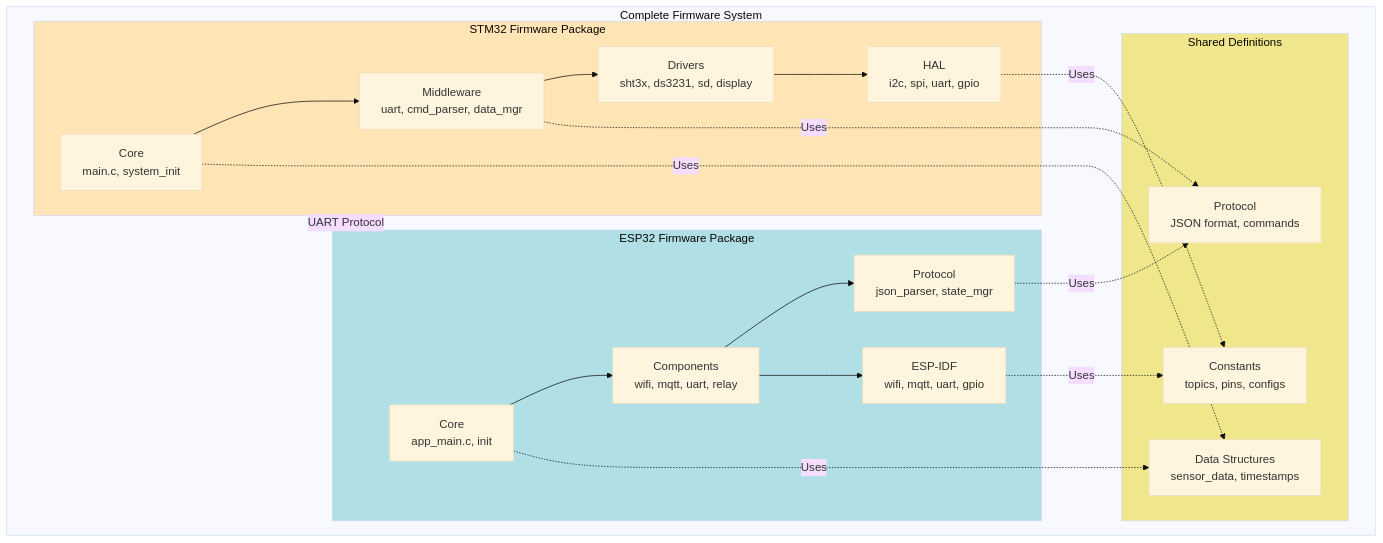
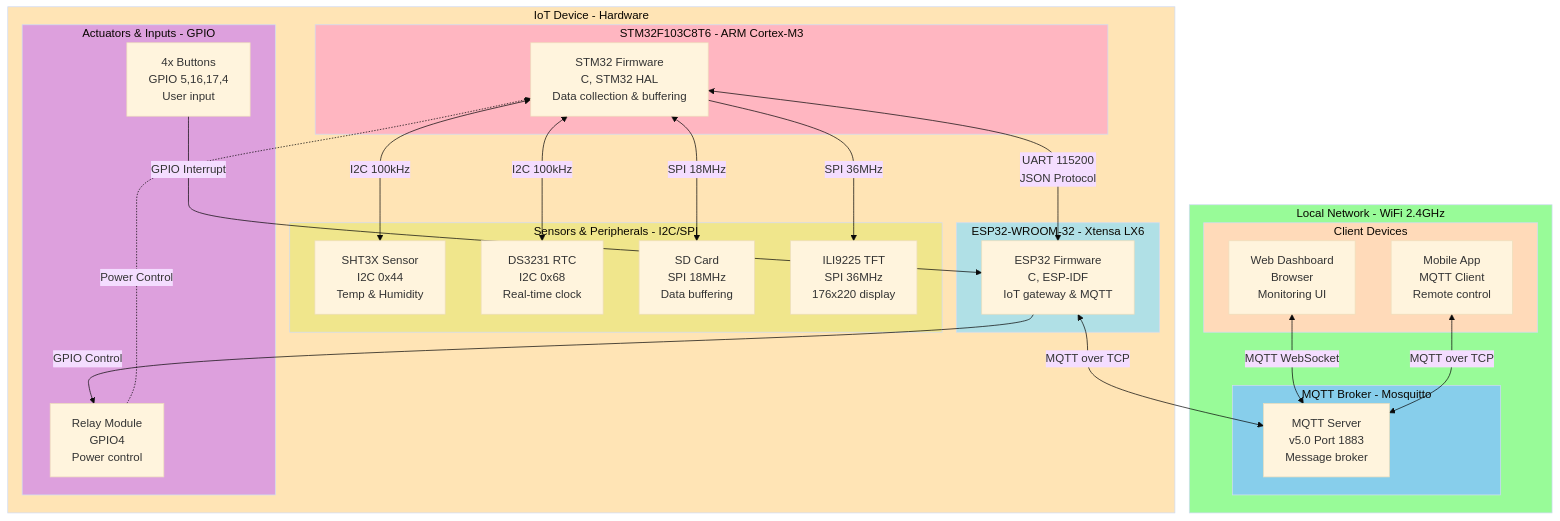
One commit to meeTeam05/datalogger changed the fourth of 4 diagrams in documents/firmware/UML_DIAGRAM_FIRMWARE.md. Above: the diagram before and after it, drawn with Mermaid (base theme). The commit also changed other lines of this file and 1 other file, not shown here.

Commit message:
fix(docs): enhance architecture and UML diagrams for STM32 and ESP32 coordination; improve clarity and detail

````diff
--- a/documents/firmware/UML_DIAGRAM_FIRMWARE.md
+++ b/documents/firmware/UML_DIAGRAM_FIRMWARE.md
@@ -521,46 +344,59 @@
 ```mermaid
 graph TB
-    subgraph Firmware_System[Complete Firmware System]
-        direction LR
-
-        subgraph STM32_Package[STM32 Firmware Package]
-            STM32_Core[Core<br/>main.c, system_init]
-            STM32_Drivers[Drivers<br/>sht3x, ds3231, sd, display]
-            STM32_Middleware[Middleware<br/>uart, cmd_parser, data_mgr]
-            STM32_HAL[HAL<br/>i2c, spi, uart, gpio]
-
-            STM32_Core --> STM32_Middleware
-            STM32_Middleware --> STM32_Drivers
-            STM32_Drivers --> STM32_HAL
+    subgraph Device["IoT Device - Hardware"]
+        subgraph STM32["STM32F103C8T6 - ARM Cortex-M3"]
+            STM32_FW[STM32 Firmware<br/>C, STM32 HAL<br/>Data collection & buffering]
         end
 
-        subgraph ESP32_Package[ESP32 Firmware Package]
-            ESP32_Core[Core<br/>app_main.c, init]
-            ESP32_Components[Components<br/>wifi, mqtt, uart, relay]
-            ESP32_Protocol[Protocol<br/>json_parser, state_mgr]
-            ESP32_IDF[ESP-IDF<br/>wifi, mqtt, uart, gpio]
-
-            ESP32_Core --> ESP32_Components
-            ESP32_Components --> ESP32_Protocol
-            ESP32_Components --> ESP32_IDF
+        subgraph ESP32["ESP32-WROOM-32 - Xtensa LX6"]
+            ESP32_FW[ESP32 Firmware<br/>C, ESP-IDF<br/>IoT gateway & MQTT]
         end
 
-        subgraph Shared_Package[Shared Definitions]
-            Protocol_Def[Protocol<br/>JSON format, commands]
-            Data_Structures[Data Structures<br/>sensor_data, timestamps]
-            Constants[Constants<br/>topics, pins, configs]
+        subgraph Sensors["Sensors & Peripherals - I2C/SPI"]
+            SHT3X[SHT3X Sensor<br/>I2C 0x44<br/>Temp & Humidity]
+            RTC[DS3231 RTC<br/>I2C 0x68<br/>Real-time clock]
+            SD[SD Card<br/>SPI 18MHz<br/>Data buffering]
+            Display[ILI9225 TFT<br/>SPI 36MHz<br/>176x220 display]
+        end
+
+        subgraph Actuators["Actuators & Inputs - GPIO"]
+            Relay[Relay Module<br/>GPIO4<br/>Power control]
+            Buttons[4x Buttons<br/>GPIO 5,16,17,4<br/>User input]
         end
     end
 
-    STM32_Package -.->|UART Protocol| ESP32_Package
-    STM32_Middleware -.->|Uses| Protocol_Def
-    ESP32_Protocol -.->|Uses| Protocol_Def
-    STM32_Core -.->|Uses| Data_Structures
-    ESP32_Core -.->|Uses| Data_Structures
-    STM32_HAL -.->|Uses| Constants
-    ESP32_IDF -.->|Uses| Constants
+    subgraph Network["Local Network - WiFi 2.4GHz"]
+        subgraph Broker["MQTT Broker - Mosquitto"]
+            MQTT[MQTT Server<br/>v5.0 Port 1883<br/>Message broker]
+        end
 
-    style STM32_Package fill:#FFE4B5
-    style ESP32_Package fill:#B0E0E6
-    style Shared_Package fill:#F0E68C
+        subgraph Clients["Client Devices"]
+            Web[Web Dashboard<br/>Browser<br/>Monitoring UI]
+            Mobile[Mobile App<br/>MQTT Client<br/>Remote control]
+        end
+    end
+
+    STM32_FW <-->|UART 115200<br/>JSON Protocol| ESP32_FW
+    STM32_FW <-->|I2C 100kHz| SHT3X
+    STM32_FW <-->|I2C 100kHz| RTC
+    STM32_FW <-->|SPI 18MHz| SD
+    STM32_FW -->|SPI 36MHz| Display
+
+    ESP32_FW <-->|MQTT over TCP| MQTT
+    ESP32_FW -->|GPIO Control| Relay
+    Buttons -->|GPIO Interrupt| ESP32_FW
+
+    Web <-->|MQTT WebSocket| MQTT
+    Mobile <-->|MQTT over TCP| MQTT
+
+    Relay -.->|Power Control| STM32_FW
+
+    style Device fill:#FFE4B5
+    style STM32 fill:#FFB6C1
+    style ESP32 fill:#B0E0E6
+    style Sensors fill:#F0E68C
+    style Actuators fill:#DDA0DD
+    style Network fill:#98FB98
+    style Broker fill:#87CEEB
+    style Clients fill:#FFDAB9
 ```
````
